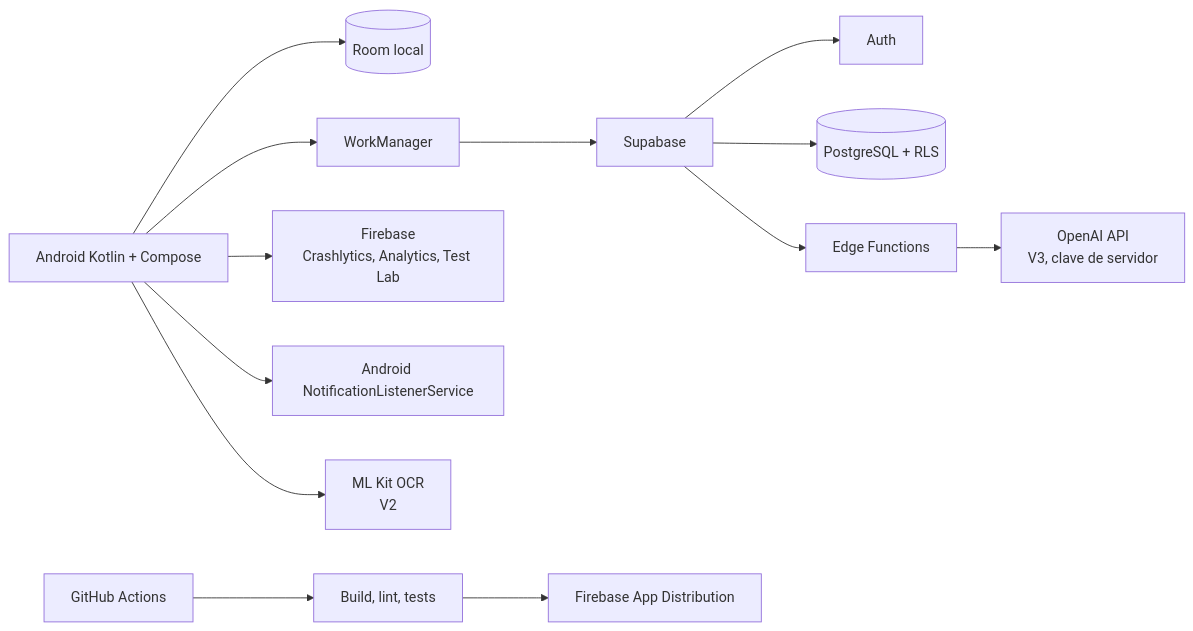
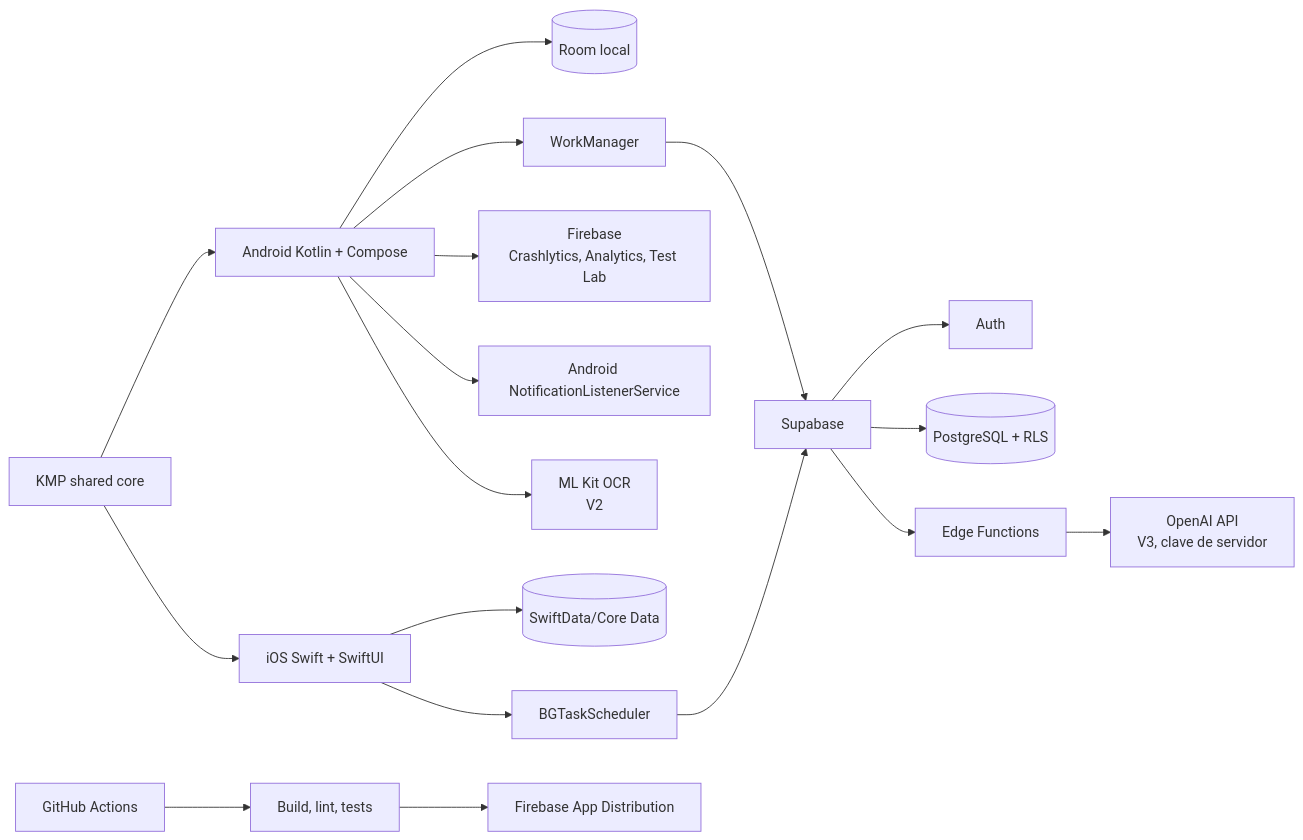
The fourth of 4 diagrams in docs/ESPECIFICACION_PRODUCTO.md (Sebastian-jimenez30/PocketMind), drawn with Mermaid before and after one commit. The commit also changed other lines of this file and 3 other files, not shown here.

````diff
--- a/docs/ESPECIFICACION_PRODUCTO.md
+++ b/docs/ESPECIFICACION_PRODUCTO.md
@@ -485,15 +497,20 @@
 ```mermaid
 flowchart LR
   A[Android Kotlin + Compose] --> R[(Room local)]
+  I[iOS Swift + SwiftUI] --> IP[(SwiftData/Core Data)]
+  K[KMP shared core] --> A
+  K --> I
   A --> W[WorkManager]
+  I --> BG[BGTaskScheduler]
   W --> S[Supabase]
+  BG --> S
   S --> AU[Auth]
   S --> PG[(PostgreSQL + RLS)]
   S --> EF[Edge Functions]
   EF --> AI[OpenAI API\nV3, clave de servidor]
   A --> F[Firebase\nCrashlytics, Analytics, Test Lab]
   A --> N[Android NotificationListenerService]
   A --> O[ML Kit OCR\nV2]
   G[GitHub Actions] --> B[Build, lint, tests]
   B --> FD[Firebase App Distribution]
 ```
````
